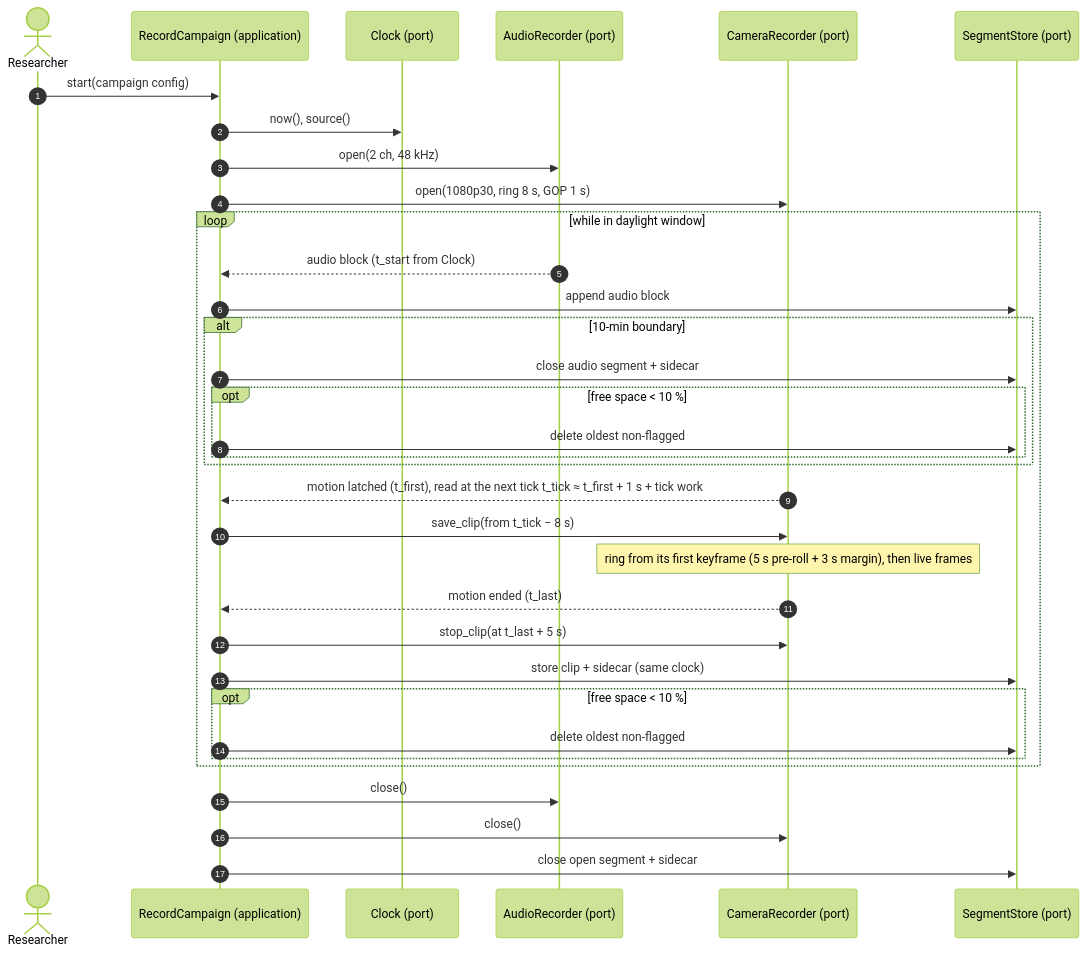
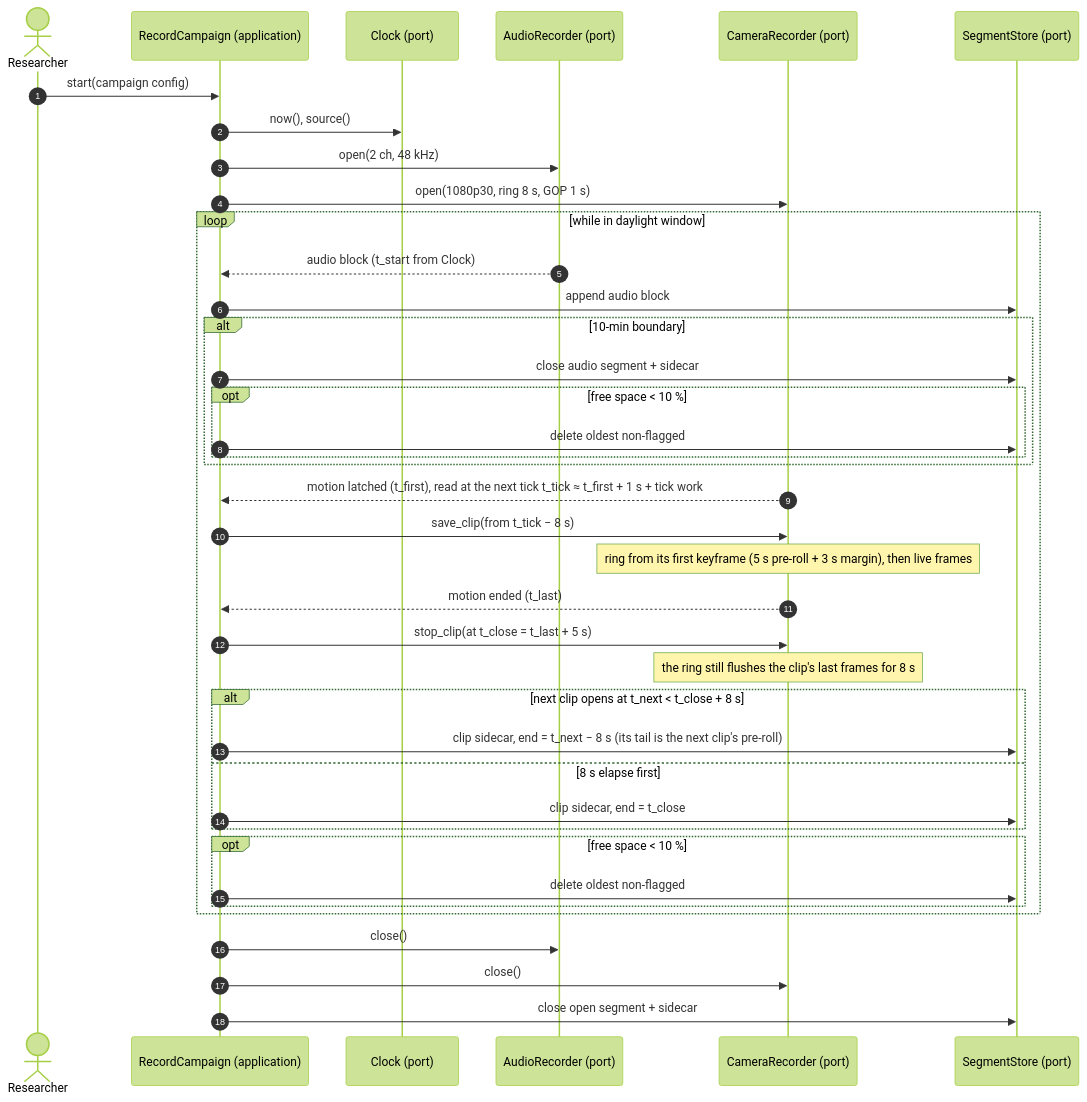
Before and after one commit to benoit-bremaud/aristech: the diagram in docs/architecture/diagrams/capture-rig/02-sequence-recording.md, drawn with Mermaid (forest theme). The commit also changed other lines of this file and 6 other files, not shown here.

First line of the commit message:
fix(capture): keep the end of a clip closed less than one ring before the next opens (#187)

````diff
--- a/docs/architecture/diagrams/capture-rig/02-sequence-recording.md
+++ b/docs/architecture/diagrams/capture-rig/02-sequence-recording.md
@@ -14,37 +14,42 @@
 ```mermaid
 sequenceDiagram
     autonumber
     actor R as Researcher
     participant UC as RecordCampaign (application)
     participant CK as Clock (port)
     participant AU as AudioRecorder (port)
     participant CA as CameraRecorder (port)
     participant ST as SegmentStore (port)
 
     R->>UC: start(campaign config)
     UC->>CK: now(), source()
     UC->>AU: open(2 ch, 48 kHz)
     UC->>CA: open(1080p30, ring 8 s, GOP 1 s)
     loop while in daylight window
         AU-->>UC: audio block (t_start from Clock)
         UC->>ST: append audio block
         alt 10-min boundary
             UC->>ST: close audio segment + sidecar
             opt free space < 10 %
                 UC->>ST: delete oldest non-flagged
             end
         end
         CA-->>UC: motion latched (t_first), read at the next tick t_tick ≈ t_first + 1 s + tick work
         UC->>CA: save_clip(from t_tick − 8 s)
         Note over CA: ring from its first keyframe (5 s pre-roll + 3 s margin), then live frames
         CA-->>UC: motion ended (t_last)
-        UC->>CA: stop_clip(at t_last + 5 s)
-        UC->>ST: store clip + sidecar (same clock)
+        UC->>CA: stop_clip(at t_close = t_last + 5 s)
+        Note over CA: the ring still flushes the clip's last frames for 8 s
+        alt next clip opens at t_next < t_close + 8 s
+            UC->>ST: clip sidecar, end = t_next − 8 s (its tail is the next clip's pre-roll)
+        else 8 s elapse first
+            UC->>ST: clip sidecar, end = t_close
+        end
         opt free space < 10 %
             UC->>ST: delete oldest non-flagged
         end
     end
     UC->>AU: close()
     UC->>CA: close()
     UC->>ST: close open segment + sidecar
 ```
````
